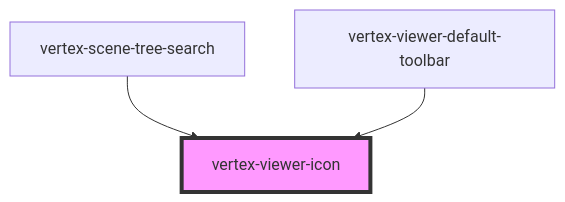
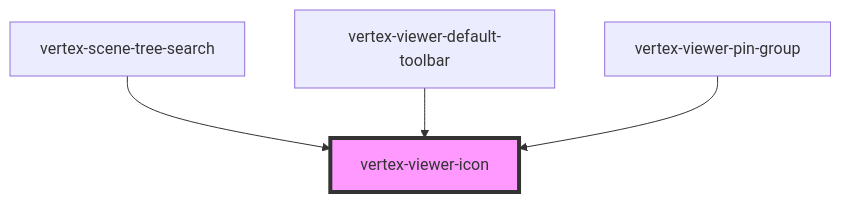
Before and after one commit to Vertexvis/vertex-web-sdk: the diagram in packages/viewer/src/components/viewer-icon/readme.md, drawn with Mermaid. The commit also changed other lines of this file and 28 other files, not shown here.

````diff
--- a/packages/viewer/src/components/viewer-icon/readme.md
+++ b/packages/viewer/src/components/viewer-icon/readme.md
@@ -63,6 +64,7 @@
 ```mermaid
 graph TD;
   vertex-scene-tree-search --> vertex-viewer-icon
   vertex-viewer-default-toolbar --> vertex-viewer-icon
+  vertex-viewer-pin-group --> vertex-viewer-icon
   style vertex-viewer-icon fill:#f9f,stroke:#333,stroke-width:4px
 ```
````
